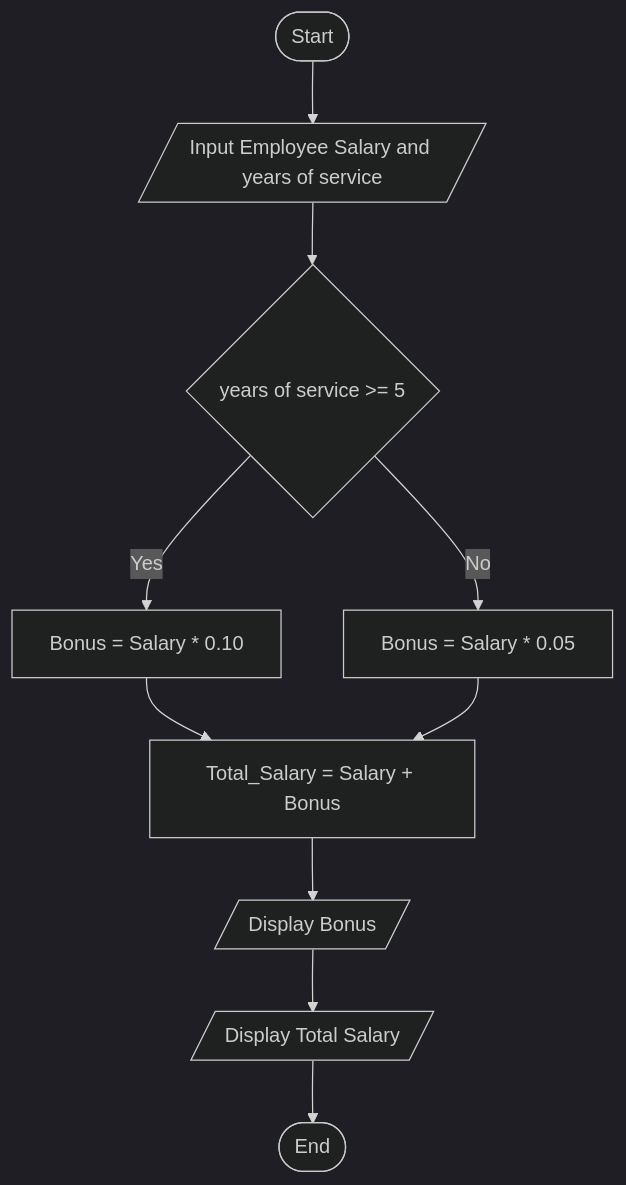
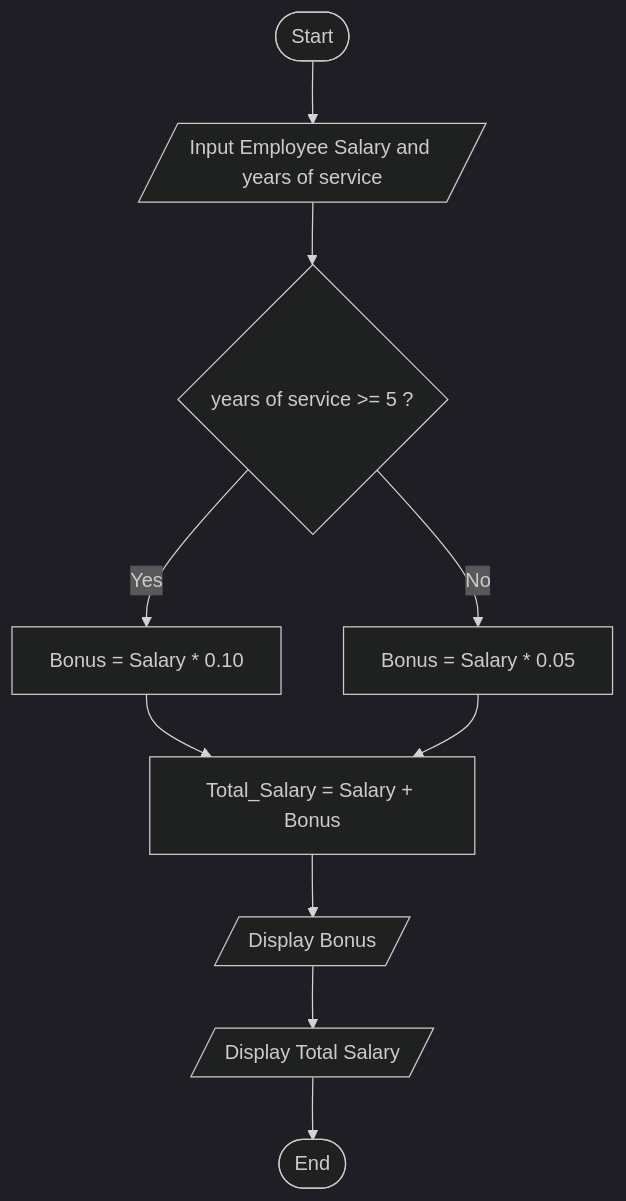
The diagram in Algorithms/Employee.md (Padmaqaauto/Flowchart_and_Pseudocode), drawn with Mermaid (dark theme) before and after one commit. The commit also changed 12 other files, not shown here.

````diff
--- a/Algorithms/Employee.md
+++ b/Algorithms/Employee.md
@@ -40,15 +40,15 @@
 ```mermaid
 
 flowchart TD
 
     A(["Start"]) --> B[/Input Employee Salary and years of service/]
-    B --> C{"years of service >= 5"}
+    B --> C{"years of service >= 5 ?"}
     C --> |Yes| D["Bonus = Salary * 0.10"]
     C --> |No| E["Bonus = Salary * 0.05"]
     D --> F["Total_Salary = Salary + Bonus"]
     E --> F
     F --> G[/Display Bonus/]
     G --> H[/Display Total Salary/]
     H --> I(["End"])
 
 ```
````
